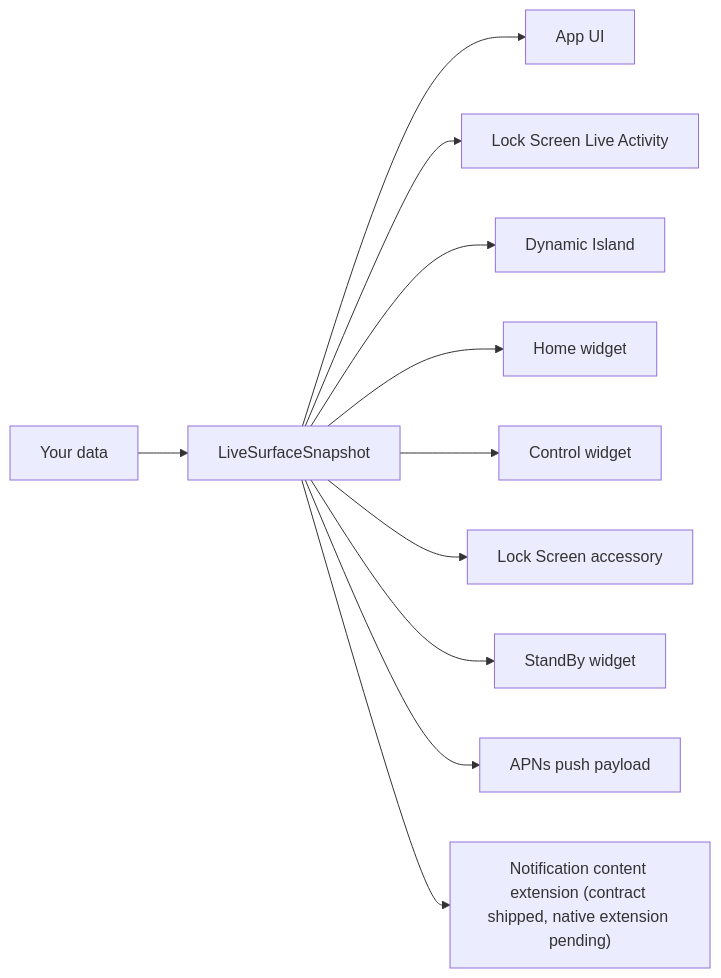
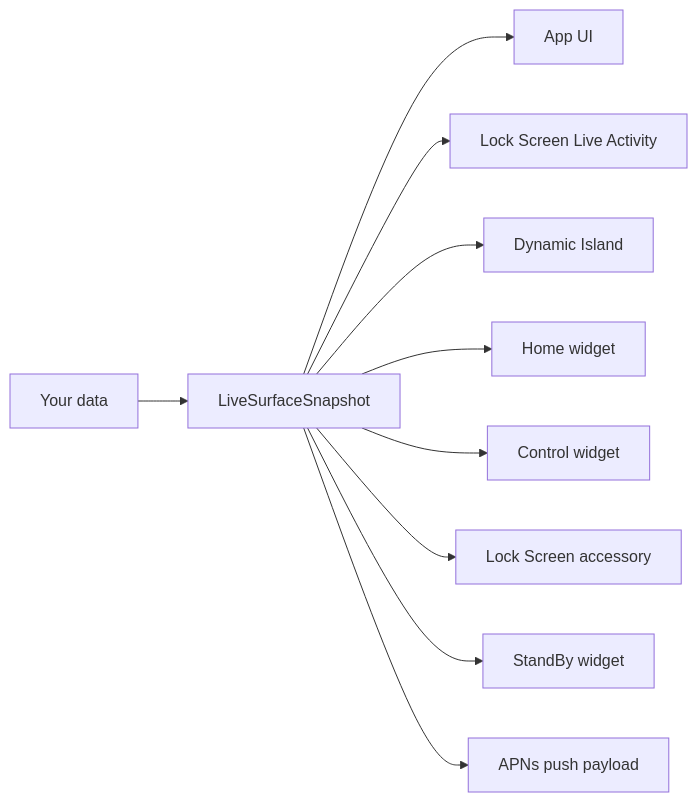
Before and after one commit to glendonC/mobile-surfaces: the diagram in README.md, drawn with Mermaid. The commit also changed other lines of this file and 196 other files, not shown here.

First line of the commit message:
v6.0: notification content extension, schema v5, codegen orchestrator (#73)

````diff
--- a/README.md
+++ b/README.md
@@ -139,13 +115,12 @@
 ```mermaid
 flowchart LR
   Data["Your data"] --> Snapshot["LiveSurfaceSnapshot"]
   Snapshot --> App["App UI"]
   Snapshot --> Lock["Lock Screen Live Activity"]
   Snapshot --> Island["Dynamic Island"]
   Snapshot --> Widget["Home widget"]
   Snapshot --> Control["Control widget"]
   Snapshot --> Accessory["Lock Screen accessory"]
   Snapshot --> Standby["StandBy widget"]
   Snapshot --> APNs["APNs push payload"]
-  Snapshot --> Future["Notification content extension (contract shipped, native extension pending)"]
 ```
````
